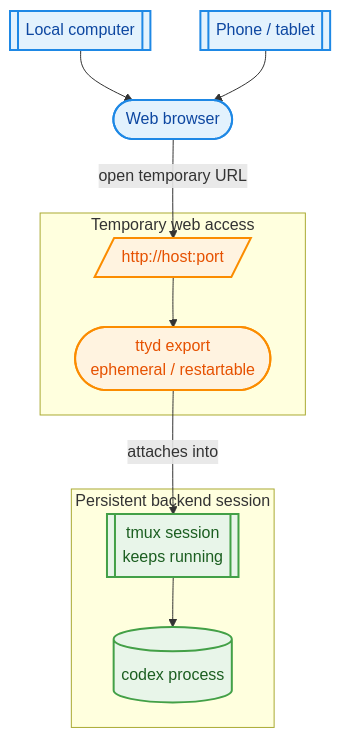
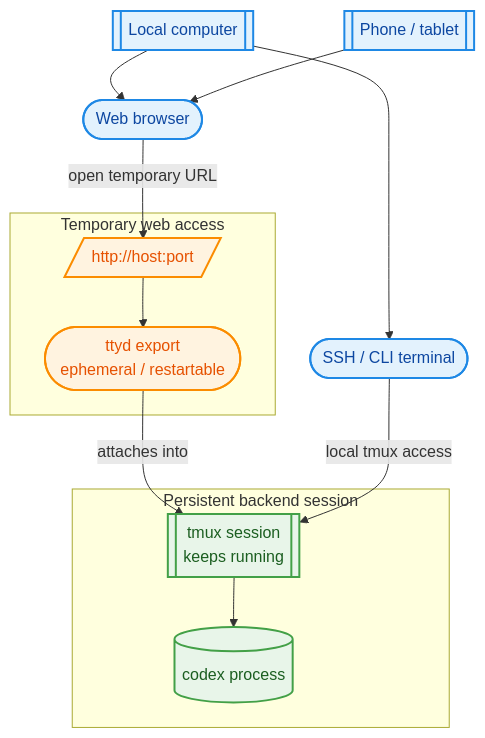
Before and after one commit to eliaz/agentmux: the diagram in README.md, drawn with Mermaid. The commit also changed other lines of this file and 2 other files, not shown here.

Commit message:
Add explicit local tmux access modes

````diff
--- a/README.md
+++ b/README.md
@@ -23,31 +25,34 @@
 ```mermaid
 flowchart TD
     L[[Local computer]]
     P[[Phone / tablet]]
     W([Web browser])
+    S([SSH / CLI terminal])
 
     subgraph WEB[Temporary web access]
         U[/http://host:port/]
         T([ttyd export<br>ephemeral / restartable])
     end
 
     subgraph BACKEND[Persistent backend session]
         M[[tmux session<br>keeps running]]
         C[(codex process)]
     end
 
     L --> W
     P --> W
+    L --> S
     W -->|open temporary URL| U
     U --> T
     T -->|attaches into| M
+    S -->|local tmux access| M
     M --> C
 
     classDef device fill:#e3f2fd,stroke:#1e88e5,stroke-width:2px,color:#0d47a1;
     classDef web fill:#fff3e0,stroke:#fb8c00,stroke-width:2px,color:#e65100;
     classDef backend fill:#e8f5e9,stroke:#43a047,stroke-width:2px,color:#1b5e20;
 
-    class L,P,W device;
+    class L,P,W,S device;
     class U,T web;
     class M,C backend;
 ```
````
